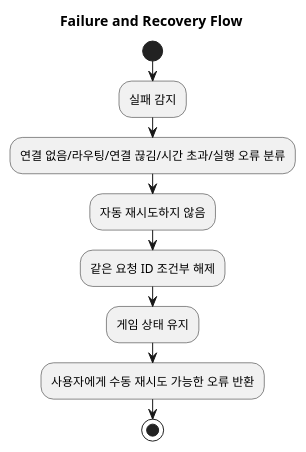
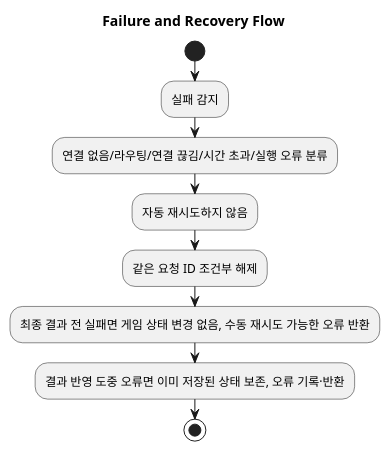
Before and after one commit to omegafrog/dnd-master: the eighth of 8 diagrams in docs/specs/remote-codex-agent-port/architecture-spec.md, drawn with PlantUML. The commit also changed other lines of this file and 17 other files, not shown here.

````diff
--- a/docs/specs/remote-codex-agent-port/architecture-spec.md
+++ b/docs/specs/remote-codex-agent-port/architecture-spec.md
@@ -676,13 +677,13 @@
 ```plantuml
 @startuml
 title Failure and Recovery Flow
 start
 :실패 감지;
 :연결 없음/라우팅/연결 끊김/시간 초과/실행 오류 분류;
 :자동 재시도하지 않음;
 :같은 요청 ID 조건부 해제;
-:게임 상태 유지;
-:사용자에게 수동 재시도 가능한 오류 반환;
+:최종 결과 전 실패면 게임 상태 변경 없음, 수동 재시도 가능한 오류 반환;
+:결과 반영 도중 오류면 이미 저장된 상태 보존, 오류 기록·반환;
 stop
 @enduml
 ```
````
